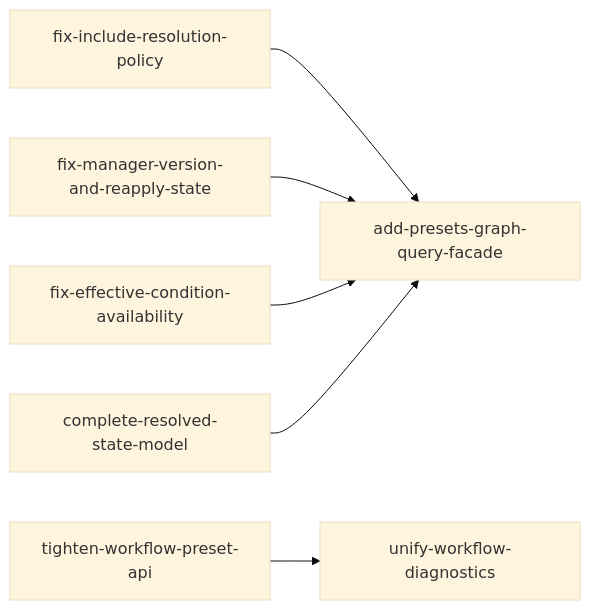
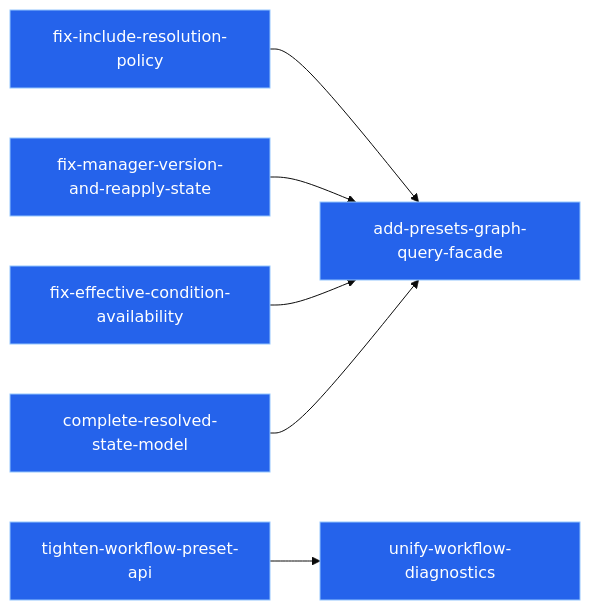
Before and after one commit to NaveHaus/NhcCMakeTools: the diagram in docs/plans/preset-graph-lib-arch-review/README.md, drawn with Mermaid (base theme). The commit also changed other lines of this file and 38 other files, not shown here.

First line of the commit message:
docs(openspec): add preset graph architecture changes

````diff
--- a/docs/plans/preset-graph-lib-arch-review/README.md
+++ b/docs/plans/preset-graph-lib-arch-review/README.md
@@ -174,19 +174,20 @@
 ```mermaid
 flowchart LR
   IncludePolicy[fix-include-resolution-policy]
   VersionReapply[fix-manager-version-and-reapply-state]
   ConditionAvailability[fix-effective-condition-availability]
   ResolvedState[complete-resolved-state-model]
   QueryFacade[add-presets-graph-query-facade]
   WorkflowApi[tighten-workflow-preset-api]
   WorkflowDiagnostics[unify-workflow-diagnostics]
 
   IncludePolicy --> QueryFacade
   VersionReapply --> QueryFacade
   ConditionAvailability --> QueryFacade
   ResolvedState --> QueryFacade
 
   WorkflowApi --> WorkflowDiagnostics
 
   classDef artifactsCreated fill:#2563eb,stroke:#93c5fd,stroke-width:1px,color:#ffffff
+  class IncludePolicy,VersionReapply,ConditionAvailability,ResolvedState,QueryFacade,WorkflowApi,WorkflowDiagnostics artifactsCreated
 ```
````
